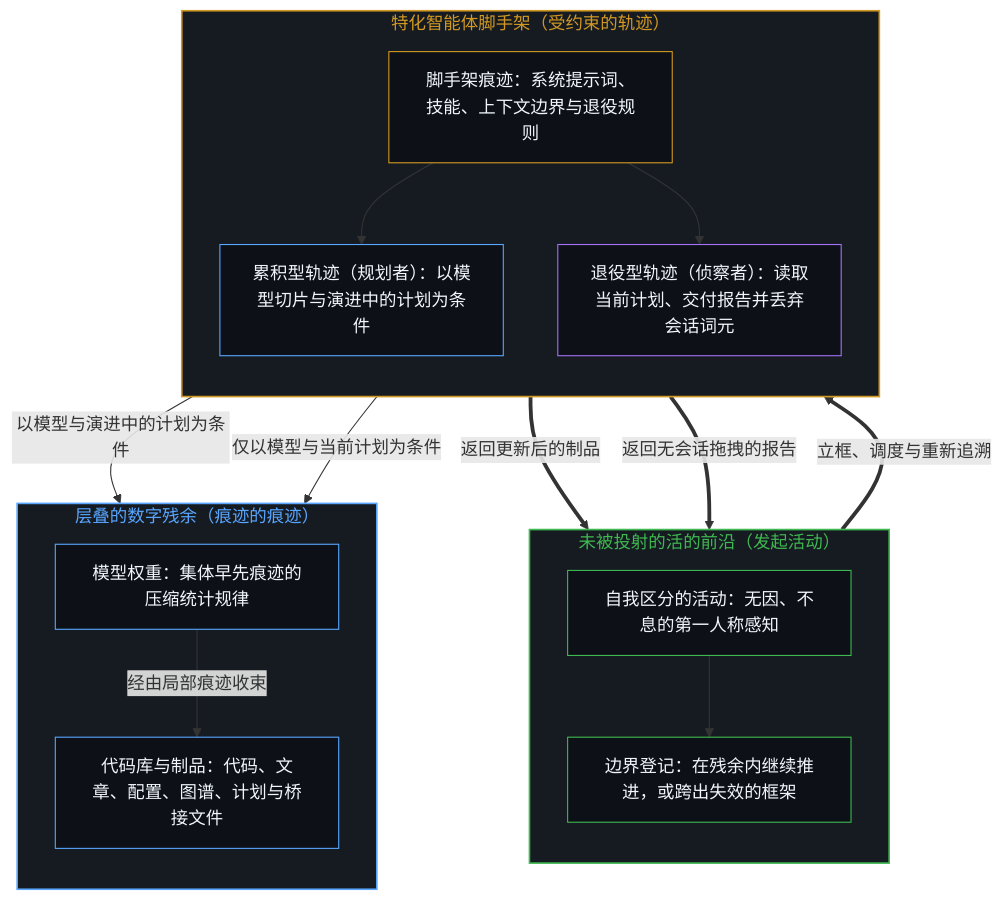
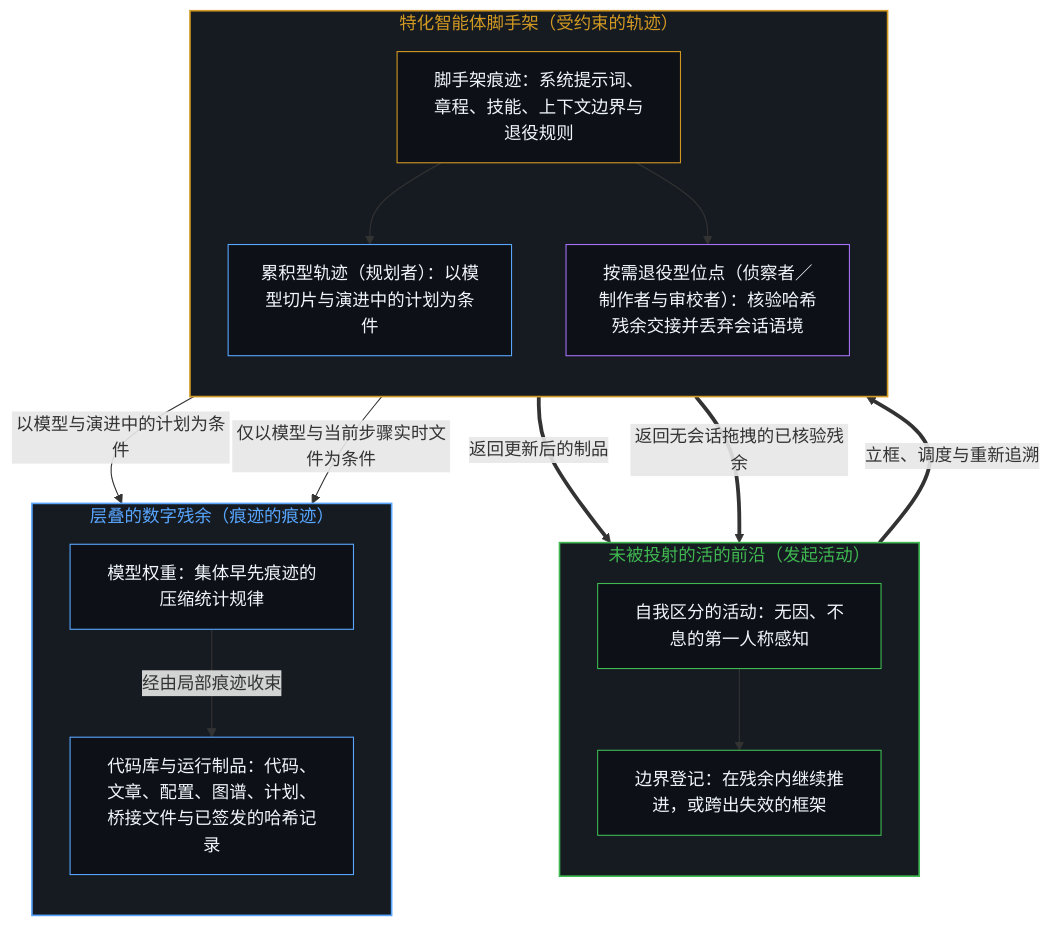
Before and after one commit to powerpig99/not-a-toe: the first of 4 diagrams in content/posts/your-codebase-is-memory.md, drawn with Mermaid. The commit also changed other lines of this file and 5 other files, not shown here.

````diff
--- a/content/posts/your-codebase-is-memory.md
+++ b/content/posts/your-codebase-is-memory.md
@@ -23,38 +23,38 @@
 ```mermaid
 flowchart TD
     subgraph S_Edge["未被投射的活的前沿（发起活动）"]
         direction TB
         Mind["自我区分的活动：无因、不息的第一人称感知"]
         Judge["边界登记：在残余内继续推进，或跨出失效的框架"]
         Mind --> Judge
     end
     subgraph S_Scaff["特化智能体脚手架（受约束的轨迹）"]
         direction TB
-        Rules["脚手架痕迹：系统提示词、技能、上下文边界与退役规则"]
+        Rules["脚手架痕迹：系统提示词、章程、技能、上下文边界与退役规则"]
         Planner["累积型轨迹（规划者）：以模型切片与演进中的计划为条件"]
-        Scouter["退役型轨迹（侦察者）：读取当前计划、交付报告并丢弃会话词元"]
+        Scouter["按需退役型位点（侦察者／制作者与审校者）：核验哈希残余交接并丢弃会话语境"]
         Rules --> Planner
         Rules --> Scouter
     end
     subgraph S_Res["层叠的数字残余（痕迹的痕迹）"]
         direction TB
         Weights["模型权重：集体早先痕迹的压缩统计规律"]
-        Code["代码库与制品：代码、文章、配置、图谱、计划与桥接文件"]
+        Code["代码库与运行制品：代码、文章、配置、图谱、计划、桥接文件与已签发的哈希记录"]
         Weights -->|"经由局部痕迹收束"| Code
     end
     Judge ==>|"立框、调度与重新追溯"| Rules
     Planner -->|"以模型与演进中的计划为条件"| Code
-    Scouter -->|"仅以模型与当前计划为条件"| Code
+    Scouter -->|"仅以模型与当前步骤实时文件为条件"| Code
     Planner ==>|"返回更新后的制品"| Judge
-    Scouter ==>|"返回无会话拖拽的报告"| Judge
+    Scouter ==>|"返回无会话拖拽的已核验残余"| Judge
     style S_Edge fill:#161b22,stroke:#3fb950,stroke-width:1.5px,color:#3fb950
     style S_Scaff fill:#161b22,stroke:#d29922,stroke-width:1.5px,color:#d29922
     style S_Res fill:#161b22,stroke:#58a6ff,stroke-width:1.5px,color:#58a6ff
     style Mind fill:#0d1117,stroke:#3fb950,stroke-width:1px,color:#f0f6fc
     style Judge fill:#0d1117,stroke:#3fb950,stroke-width:1px,color:#f0f6fc
     style Rules fill:#0d1117,stroke:#d29922,stroke-width:1px,color:#f0f6fc
     style Planner fill:#0d1117,stroke:#58a6ff,stroke-width:1px,color:#f0f6fc
     style Scouter fill:#0d1117,stroke:#a371f7,stroke-width:1px,color:#f0f6fc
     style Weights fill:#0d1117,stroke:#58a6ff,stroke-width:1px,color:#f0f6fc
     style Code fill:#0d1117,stroke:#58a6ff,stroke-width:1px,color:#f0f6fc
 ```
````
